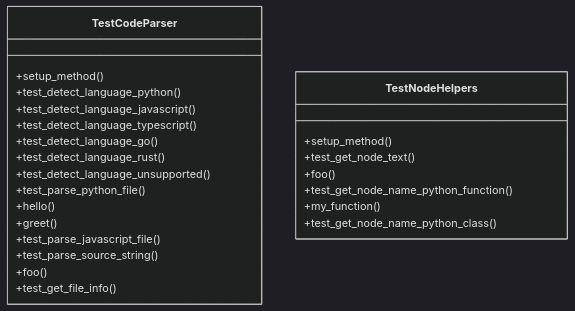
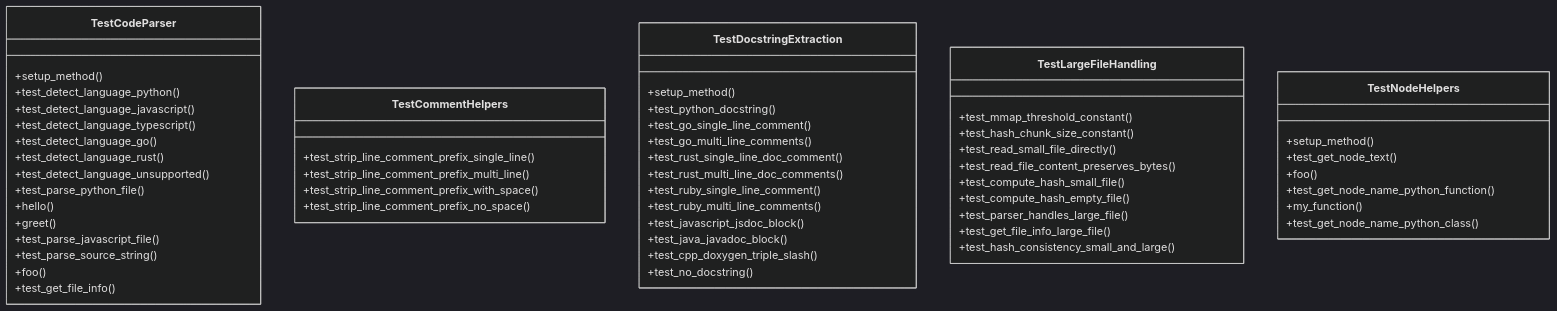
The first of 2 diagrams in .deepwiki/files/tests/test_parser.md (UrbanDiver/local-deepwiki-mcp), drawn with Mermaid (dark theme) before and after one commit. The commit also changed other lines of this file and 30 other files, not shown here.

````diff
--- a/.deepwiki/files/tests/test_parser.md
+++ b/.deepwiki/files/tests/test_parser.md
@@ -116,27 +631,58 @@
 ```mermaid
 classDiagram
     class TestCodeParser {
         +setup_method()
         +test_detect_language_python()
         +test_detect_language_javascript()
         +test_detect_language_typescript()
         +test_detect_language_go()
         +test_detect_language_rust()
         +test_detect_language_unsupported()
         +test_parse_python_file()
         +hello()
         +greet()
         +test_parse_javascript_file()
         +test_parse_source_string()
         +foo()
         +test_get_file_info()
     }
+    class TestCommentHelpers {
+        +test_strip_line_comment_prefix_single_line()
+        +test_strip_line_comment_prefix_multi_line()
+        +test_strip_line_comment_prefix_with_space()
+        +test_strip_line_comment_prefix_no_space()
+    }
+    class TestDocstringExtraction {
+        +setup_method()
+        +test_python_docstring()
+        +test_go_single_line_comment()
+        +test_go_multi_line_comments()
+        +test_rust_single_line_doc_comment()
+        +test_rust_multi_line_doc_comments()
+        +test_ruby_single_line_comment()
+        +test_ruby_multi_line_comments()
+        +test_javascript_jsdoc_block()
+        +test_java_javadoc_block()
+        +test_cpp_doxygen_triple_slash()
+        +test_no_docstring()
+    }
+    class TestLargeFileHandling {
+        +test_mmap_threshold_constant()
+        +test_hash_chunk_size_constant()
+        +test_read_small_file_directly()
+        +test_read_file_content_preserves_bytes()
+        +test_compute_hash_small_file()
+        +test_compute_hash_empty_file()
+        +test_parser_handles_large_file()
+        +test_get_file_info_large_file()
+        +test_hash_consistency_small_and_large()
+    }
     class TestNodeHelpers {
         +setup_method()
         +test_get_node_text()
         +foo()
         +test_get_node_name_python_function()
         +my_function()
         +test_get_node_name_python_class()
     }
 ```
````
